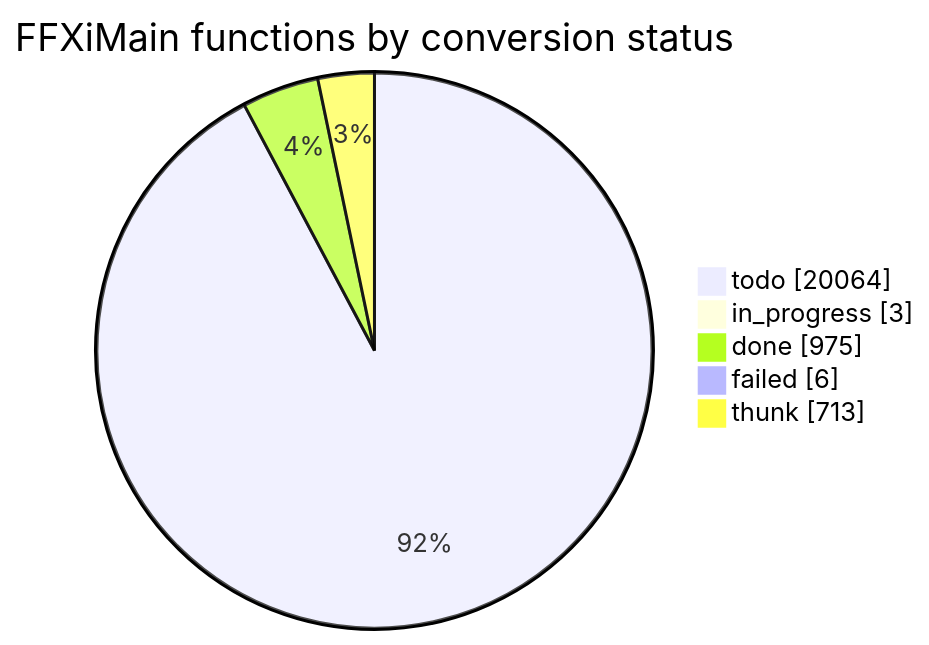
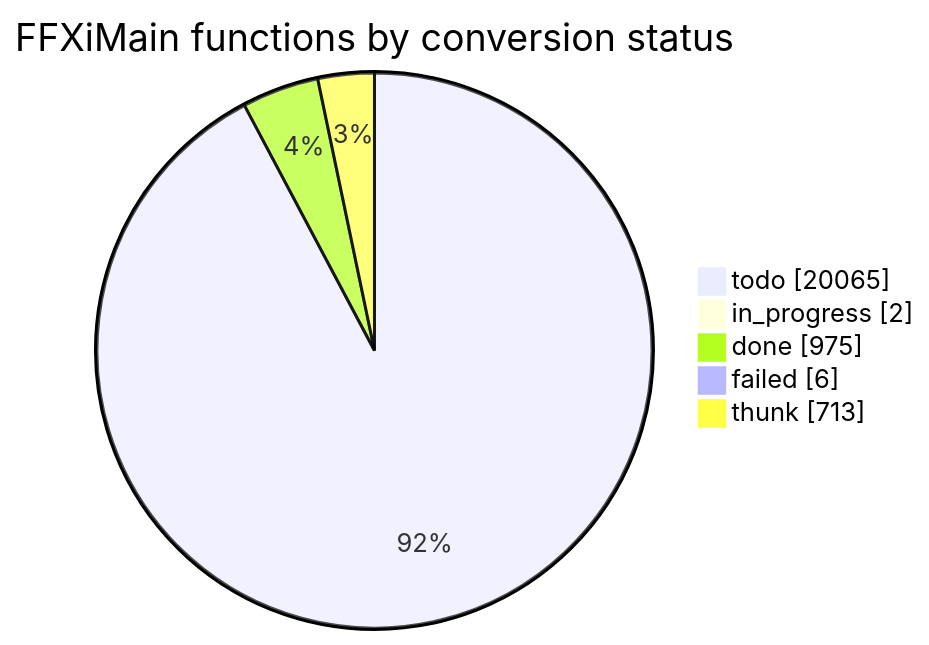
One commit to cowrevenge/cow_kuluu_xi_anything changed the diagram in docs/cow/STATUS.md. Above: the diagram before and after it, drawn with Mermaid. The commit also changed other lines of this file and 3 other files, not shown here.

````diff
--- a/docs/cow/STATUS.md
+++ b/docs/cow/STATUS.md
@@ -18,9 +18,9 @@
 ```mermaid
 pie showData
     title FFXiMain functions by conversion status
-    "todo" : 20064
-    "in_progress" : 3
+    "todo" : 20065
+    "in_progress" : 2
     "done" : 975
     "failed" : 6
     "thunk" : 713
 ```
````
